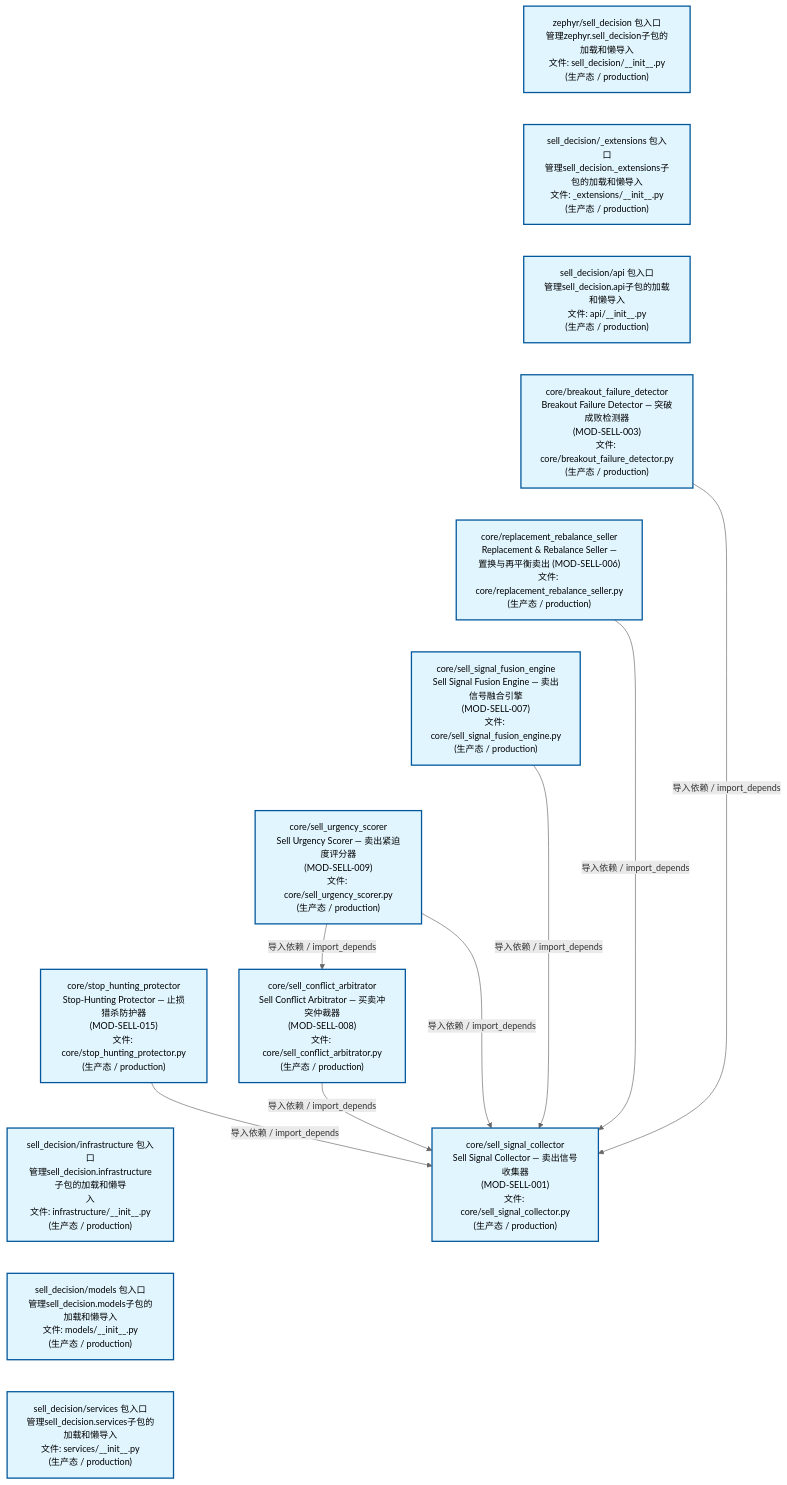
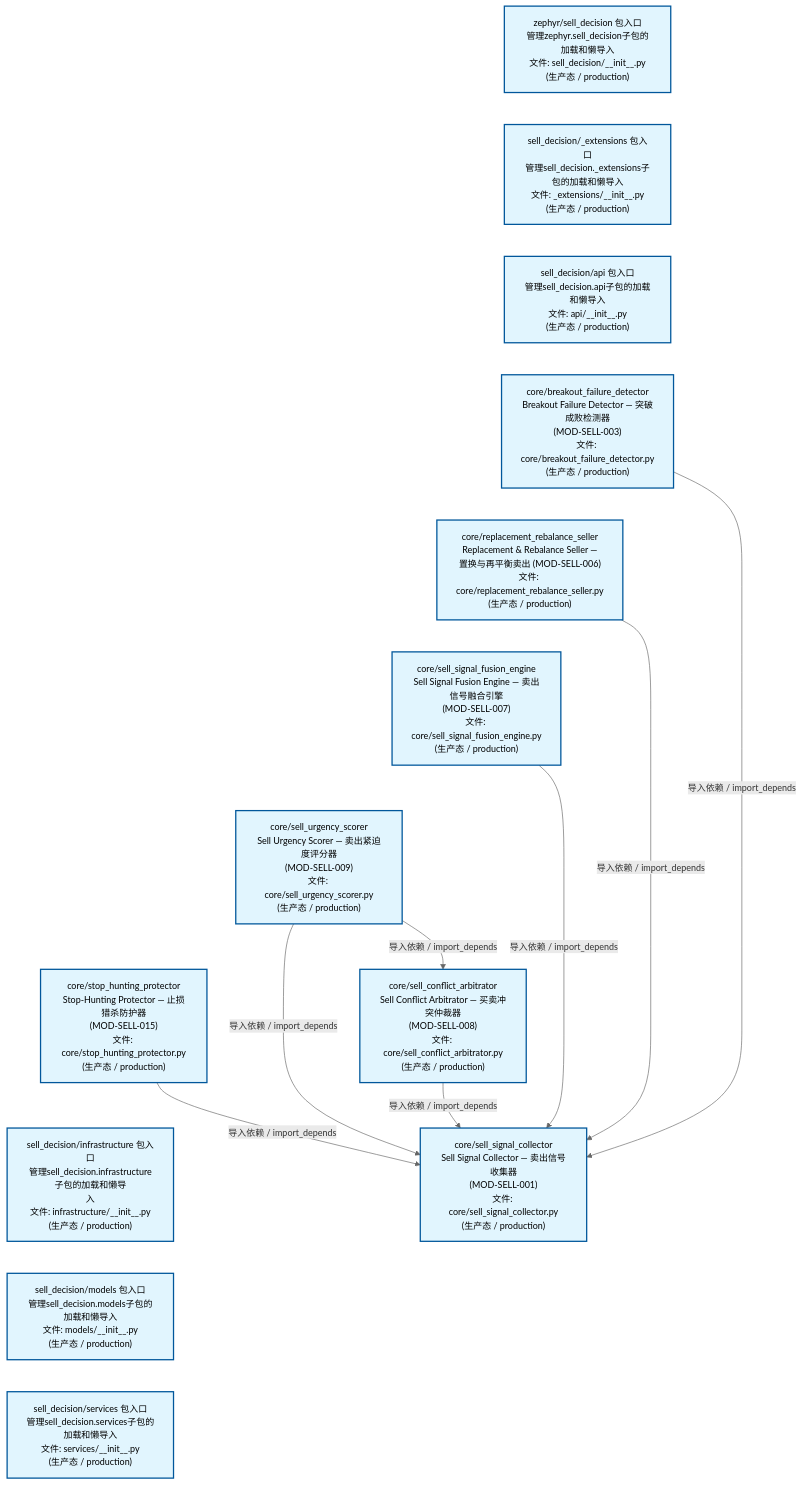
One commit to xuanFelixVan/ZephyrAlpha changed the second of 4 diagrams in docs/02_enterprise_architecture/02_domain_architecture_docs/67_d_sell_decision.md. Above: the diagram before and after it, drawn with Mermaid. The commit also changed other lines of this file and 40 other files, not shown here.

````diff
--- a/docs/02_enterprise_architecture/02_domain_architecture_docs/67_d_sell_decision.md
+++ b/docs/02_enterprise_architecture/02_domain_architecture_docs/67_d_sell_decision.md
@@ -150,39 +150,39 @@
 ```mermaid
 %%{init: {'theme': 'base', 'themeVariables': {'primaryColor': '#eaeaea', 'primaryTextColor': '#333333', 'primaryBorderColor': '#666666', 'lineColor': '#666666', 'secondaryColor': '#eaeaea', 'tertiaryColor': '#eaeaea', 'fontSize': '14px'}}}%%
 flowchart TD
     src_zephyr_sell_decision_init_py["zephyr/sell_decision 包入口<br/>管理zephyr.sell_decision子包的加载和懒导入<br/>文件: sell_decision/__init__.py<br/>(生产态 / production)"]
     src_zephyr_sell_decision_extensions_init_py["sell_decision/_extensions 包入口<br/>管理sell_decision._extensions子包的加载和懒导入<br/>文件: _extensions/__init__.py<br/>(生产态 / production)"]
     src_zephyr_sell_decision_api_init_py["sell_decision/api 包入口<br/>管理sell_decision.api子包的加载和懒导入<br/>文件: api/__init__.py<br/>(生产态 / production)"]
     src_zephyr_sell_decision_core_breakout_failure_detector_py["core/breakout_failure_detector<br/>Breakout Failure Detector — 突破成败检测器<br/>(MOD-SELL-003)<br/>文件: core/breakout_failure_detector.py<br/>(生产态 / production)"]
     src_zephyr_sell_decision_core_replacement_rebalance_seller_py["core/replacement_rebalance_seller<br/>Replacement & Rebalance Seller —<br/>置换与再平衡卖出 (MOD-SELL-006)<br/>文件: core/replacement_rebalance_seller.py<br/>(生产态 / production)"]
     src_zephyr_sell_decision_core_sell_signal_fusion_engine_py["core/sell_signal_fusion_engine<br/>Sell Signal Fusion Engine — 卖出信号融合引擎<br/>(MOD-SELL-007)<br/>文件: core/sell_signal_fusion_engine.py<br/>(生产态 / production)"]
     src_zephyr_sell_decision_core_sell_urgency_scorer_py["core/sell_urgency_scorer<br/>Sell Urgency Scorer — 卖出紧迫度评分器<br/>(MOD-SELL-009)<br/>文件: core/sell_urgency_scorer.py<br/>(生产态 / production)"]
     src_zephyr_sell_decision_core_stop_hunting_protector_py["core/stop_hunting_protector<br/>Stop-Hunting Protector — 止损猎杀防护器<br/>(MOD-SELL-015)<br/>文件: core/stop_hunting_protector.py<br/>(生产态 / production)"]
     src_zephyr_sell_decision_infrastructure_init_py["sell_decision/infrastructure 包入口<br/>管理sell_decision.infrastructure子包的加载和懒导<br/>入<br/>文件: infrastructure/__init__.py<br/>(生产态 / production)"]
     src_zephyr_sell_decision_models_init_py["sell_decision/models 包入口<br/>管理sell_decision.models子包的加载和懒导入<br/>文件: models/__init__.py<br/>(生产态 / production)"]
     src_zephyr_sell_decision_services_init_py["sell_decision/services 包入口<br/>管理sell_decision.services子包的加载和懒导入<br/>文件: services/__init__.py<br/>(生产态 / production)"]
     src_zephyr_sell_decision_init_py ~~~ src_zephyr_sell_decision_extensions_init_py
     src_zephyr_sell_decision_extensions_init_py ~~~ src_zephyr_sell_decision_api_init_py
     src_zephyr_sell_decision_api_init_py ~~~ src_zephyr_sell_decision_core_breakout_failure_detector_py
     src_zephyr_sell_decision_core_breakout_failure_detector_py ~~~ src_zephyr_sell_decision_core_replacement_rebalance_seller_py
     src_zephyr_sell_decision_core_replacement_rebalance_seller_py ~~~ src_zephyr_sell_decision_core_sell_signal_fusion_engine_py
     src_zephyr_sell_decision_core_sell_signal_fusion_engine_py ~~~ src_zephyr_sell_decision_core_sell_urgency_scorer_py
     src_zephyr_sell_decision_core_sell_urgency_scorer_py ~~~ src_zephyr_sell_decision_core_stop_hunting_protector_py
     src_zephyr_sell_decision_core_stop_hunting_protector_py ~~~ src_zephyr_sell_decision_infrastructure_init_py
     src_zephyr_sell_decision_infrastructure_init_py ~~~ src_zephyr_sell_decision_models_init_py
     src_zephyr_sell_decision_models_init_py ~~~ src_zephyr_sell_decision_services_init_py
     src_zephyr_sell_decision_core_sell_conflict_arbitrator_py["core/sell_conflict_arbitrator<br/>Sell Conflict Arbitrator — 买卖冲突仲裁器<br/>(MOD-SELL-008)<br/>文件: core/sell_conflict_arbitrator.py<br/>(生产态 / production)"]
     src_zephyr_sell_decision_core_sell_signal_collector_py["core/sell_signal_collector<br/>Sell Signal Collector — 卖出信号收集器<br/>(MOD-SELL-001)<br/>文件: core/sell_signal_collector.py<br/>(生产态 / production)"]
     src_zephyr_sell_decision_core_breakout_failure_detector_py -->|导入依赖 / import_depends| src_zephyr_sell_decision_core_sell_signal_collector_py
+    src_zephyr_sell_decision_core_sell_signal_fusion_engine_py -->|导入依赖 / import_depends| src_zephyr_sell_decision_core_sell_signal_collector_py
+    src_zephyr_sell_decision_core_replacement_rebalance_seller_py -->|导入依赖 / import_depends| src_zephyr_sell_decision_core_sell_signal_collector_py
     src_zephyr_sell_decision_core_sell_conflict_arbitrator_py -->|导入依赖 / import_depends| src_zephyr_sell_decision_core_sell_signal_collector_py
+    src_zephyr_sell_decision_core_sell_urgency_scorer_py -->|导入依赖 / import_depends| src_zephyr_sell_decision_core_sell_signal_collector_py
+    src_zephyr_sell_decision_core_sell_urgency_scorer_py -->|导入依赖 / import_depends| src_zephyr_sell_decision_core_sell_conflict_arbitrator_py
     src_zephyr_sell_decision_core_stop_hunting_protector_py -->|导入依赖 / import_depends| src_zephyr_sell_decision_core_sell_signal_collector_py
-    src_zephyr_sell_decision_core_replacement_rebalance_seller_py -->|导入依赖 / import_depends| src_zephyr_sell_decision_core_sell_signal_collector_py
-    src_zephyr_sell_decision_core_sell_signal_fusion_engine_py -->|导入依赖 / import_depends| src_zephyr_sell_decision_core_sell_signal_collector_py
-    src_zephyr_sell_decision_core_sell_urgency_scorer_py -->|导入依赖 / import_depends| src_zephyr_sell_decision_core_sell_conflict_arbitrator_py
-    src_zephyr_sell_decision_core_sell_urgency_scorer_py -->|导入依赖 / import_depends| src_zephyr_sell_decision_core_sell_signal_collector_py
     classDef production fill:#e1f5fe,stroke:#01579b,stroke-width:2px,color:#000
     classDef design fill:#fff3e0,stroke:#e65100,stroke-width:2px,color:#000,stroke-dasharray: 5 5
     classDef external_prod fill:#e8f4fd,stroke:#0277bd,stroke-width:1px,color:#000
     classDef external_design fill:#fff8e7,stroke:#ef6c00,stroke-width:1px,color:#000,stroke-dasharray: 5 5
     class src_zephyr_sell_decision_init_py,src_zephyr_sell_decision_extensions_init_py,src_zephyr_sell_decision_api_init_py,src_zephyr_sell_decision_core_breakout_failure_detector_py,src_zephyr_sell_decision_core_replacement_rebalance_seller_py,src_zephyr_sell_decision_core_sell_conflict_arbitrator_py,src_zephyr_sell_decision_core_sell_signal_collector_py,src_zephyr_sell_decision_core_sell_signal_fusion_engine_py,src_zephyr_sell_decision_core_sell_urgency_scorer_py,src_zephyr_sell_decision_core_stop_hunting_protector_py,src_zephyr_sell_decision_infrastructure_init_py,src_zephyr_sell_decision_models_init_py,src_zephyr_sell_decision_services_init_py production
 ```
````
